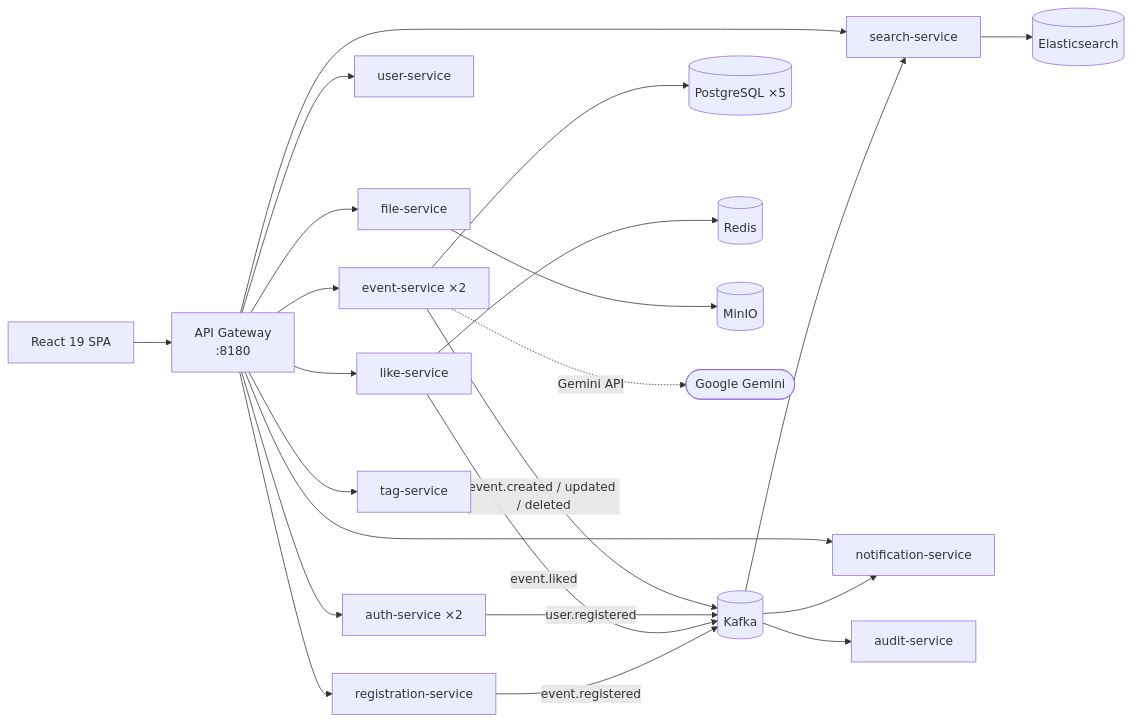
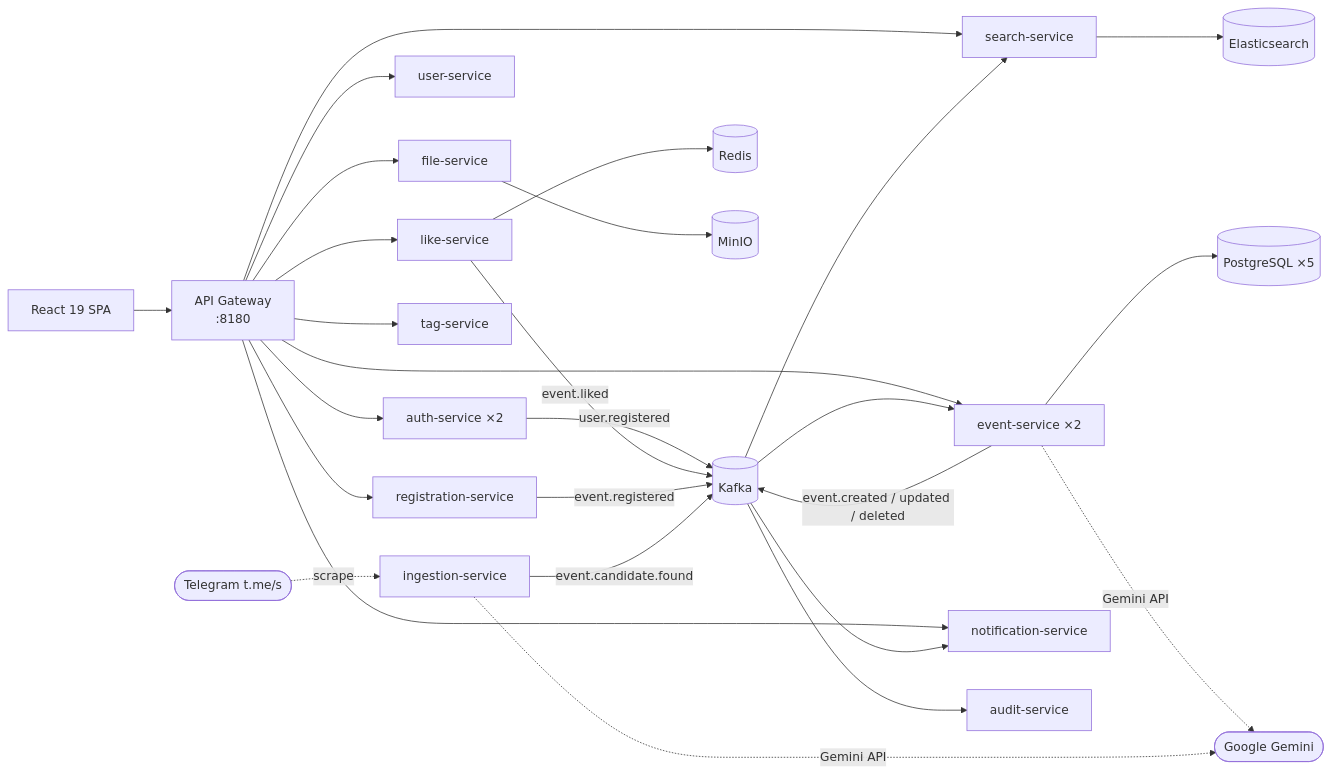
Before and after one commit to NUKI1223/EventHubKzNew: the diagram in README.md, drawn with Mermaid. The commit also changed other lines of this file, not shown here.

Commit message:
docs: document ingestion-service and the AI candidate pipeline

````diff
--- a/README.md
+++ b/README.md
@@ -37,27 +37,32 @@
 ```mermaid
 flowchart LR
     FE[React 19 SPA] --> GW[API Gateway<br/>:8180]
     GW --> AUTH[auth-service ×2]
     GW --> USER[user-service]
     GW --> EVENT[event-service ×2]
     GW --> LIKE[like-service]
     GW --> REG[registration-service]
     GW --> SEARCH[search-service]
     GW --> NOTIF[notification-service]
     GW --> TAG[tag-service]
     GW --> FILE[file-service]
 
     EVENT -- "event.created / updated / deleted" --> K[(Kafka)]
     AUTH -- "user.registered" --> K
     LIKE -- "event.liked" --> K
     REG -- "event.registered" --> K
     K --> SEARCH
     K --> NOTIF
     K --> AUDIT[audit-service]
 
+    TG([Telegram t.me/s]) -. scrape .-> INGEST[ingestion-service]
+    INGEST -- "event.candidate.found" --> K
+    K --> EVENT
+
     EVENT --> PG[(PostgreSQL ×5)]
     SEARCH --> ES[(Elasticsearch)]
     LIKE --> RD[(Redis)]
     FILE --> S3[(MinIO)]
     EVENT -. Gemini API .-> AI([Google Gemini])
+    INGEST -. Gemini API .-> AI
 ```
````
